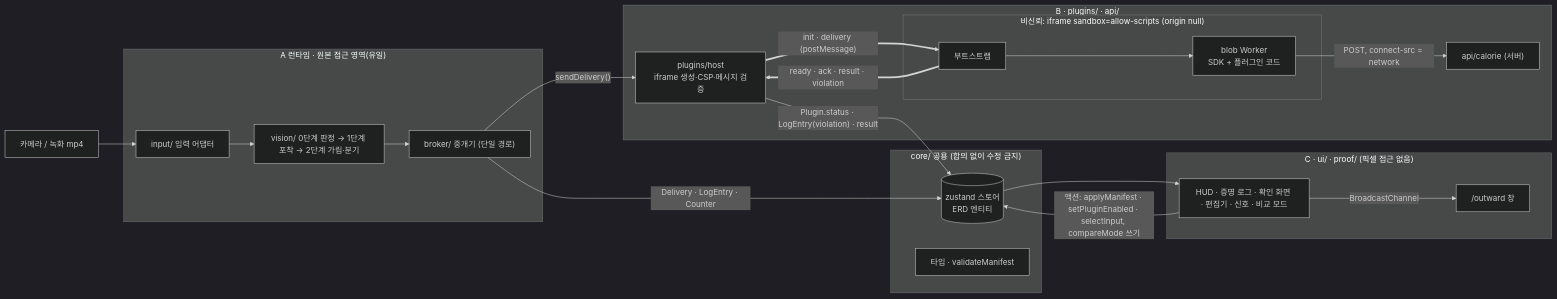
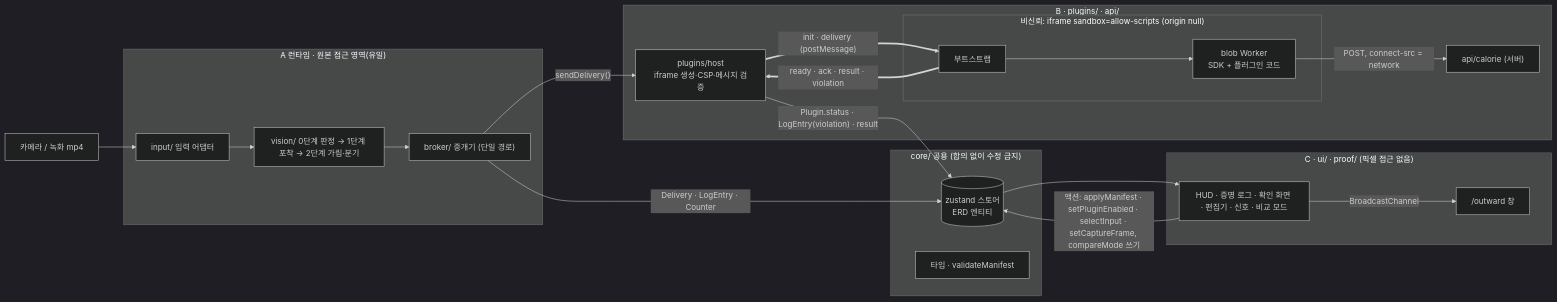
One commit to 01Sdev/CoI_hackathon changed the first of 3 diagrams in docs/specs/02-SSRD.md. Above: the diagram before and after it, drawn with Mermaid (dark theme). The commit also changed other lines of this file and 3 other files, not shown here.

First line of the commit message:
Specify the capture frame (F24) and usage history (F25)

````diff
--- a/docs/specs/02-SSRD.md
+++ b/docs/specs/02-SSRD.md
@@ -15,32 +15,32 @@
 ```mermaid
 flowchart LR
   CAM["카메라 / 녹화 mp4"]
   subgraph A["A 런타임 · 원본 접근 영역(유일)"]
     IN["input/ 입력 어댑터"] --> V["vision/ 0단계 판정 → 1단계 포착 → 2단계 가림·분기"] --> BR["broker/ 중개기 (단일 경로)"]
   end
   subgraph CORE["core/ 공용 (합의 없이 수정 금지)"]
     ST[("zustand 스토어<br/>ERD 엔티티")]
     T["타입 · validateManifest"]
   end
   subgraph B["B · plugins/ · api/"]
     PH["plugins/host<br/>iframe 생성·CSP·메시지 검증"]
     subgraph SBX["비신뢰: iframe sandbox=allow-scripts (origin null)"]
       BOOT["부트스트랩"] --> WK["blob Worker<br/>SDK + 플러그인 코드"]
     end
     API["api/calorie (서버)"]
   end
   subgraph C["C · ui/ · proof/ (픽셀 접근 없음)"]
     UI["HUD · 증명 로그 · 확인 화면 · 편집기 · 신호 · 비교 모드"]
     OUT["/outward 창"]
   end
   CAM --> IN
   BR -- "sendDelivery()" --> PH
   PH == "init · delivery (postMessage)" ==> BOOT
   BOOT == "ready · ack · result · violation" ==> PH
   WK -- "POST, connect-src = network" --> API
   BR -- "Delivery · LogEntry · Counter" --> ST
   PH -- "Plugin.status · LogEntry(violation) · result" --> ST
   ST --> UI
-  UI -- "액션: applyManifest · setPluginEnabled · selectInput, compareMode 쓰기" --> ST
+  UI -- "액션: applyManifest · setPluginEnabled · selectInput · setCaptureFrame, compareMode 쓰기" --> ST
   UI -- "BroadcastChannel" --> OUT
 ```
````
